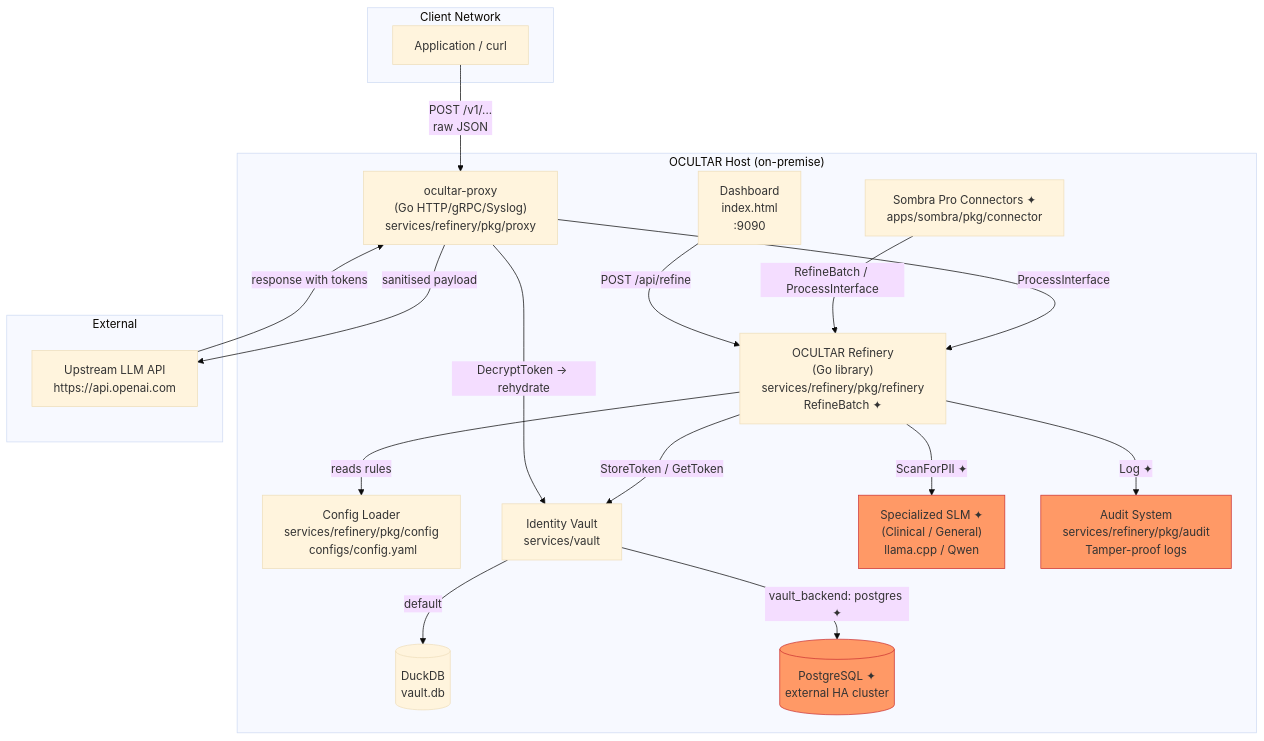
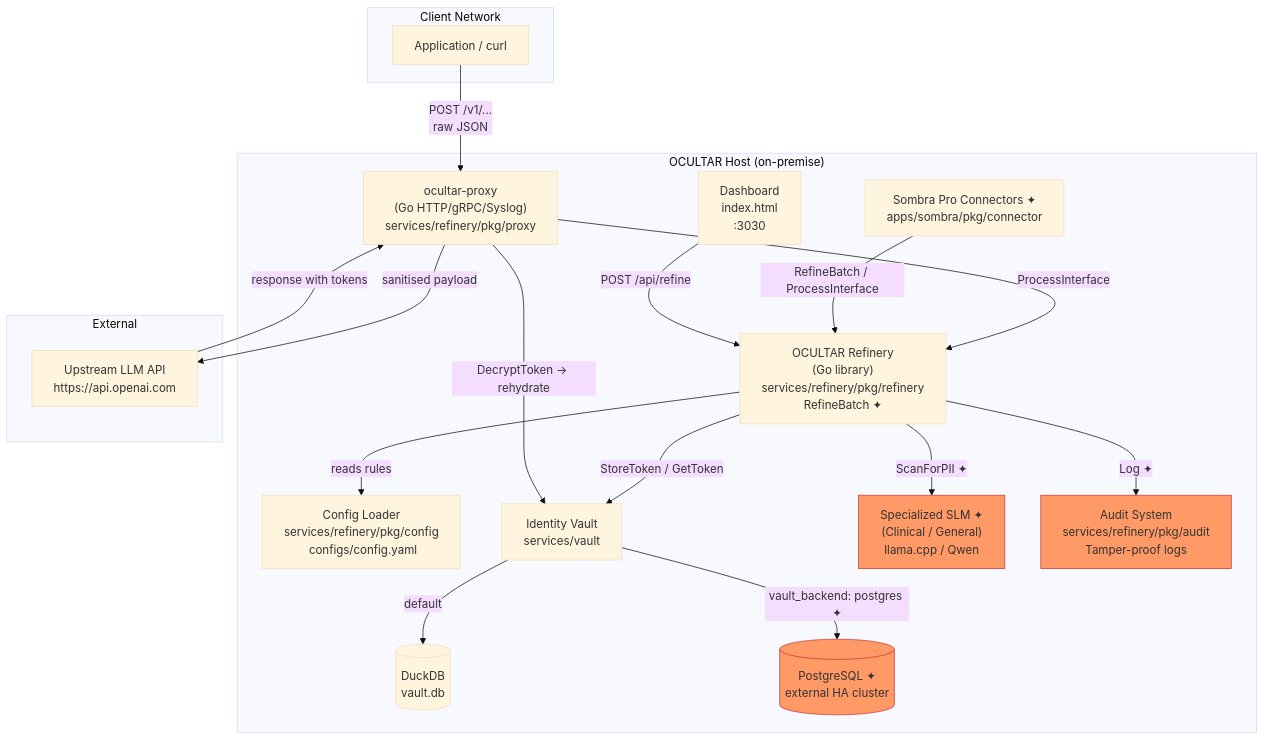
The second of 5 diagrams in docs/reference/ARCHITECTURE.md (Edu963/ocultar), drawn with Mermaid (base theme) before and after one commit. The commit also changed 7 other files, not shown here.

````diff
--- a/docs/reference/ARCHITECTURE.md
+++ b/docs/reference/ARCHITECTURE.md
@@ -52,41 +52,41 @@
 ```mermaid
 graph TD
     subgraph "Client Network"
         App["Application / curl"]
     end
 
     subgraph "OCULTAR Host (on-premise)"
         Proxy["ocultar-proxy\n(Go HTTP/gRPC/Syslog)\nservices/refinery/pkg/proxy"]
         Refinery["OCULTAR Refinery\n(Go library)\nservices/refinery/pkg/refinery\nRefineBatch ✦"]
         Config["Config Loader\nservices/refinery/pkg/config\n configs/config.yaml"]
         Vault_svc["Identity Vault\nservices/vault"]
         DDB[("DuckDB\nvault.db")]
         PG[("PostgreSQL ✦\nexternal HA cluster")]
         SLM["Specialized SLM ✦\n(Clinical / General)\nllama.cpp / Qwen"]
-        Dashboard["Dashboard\nindex.html\n:9090"]
+        Dashboard["Dashboard\nindex.html\n:3030"]
         AuditLog["Audit System\nservices/refinery/pkg/audit\nTamper-proof logs"]
         Connectors["Sombra Pro Connectors ✦\napps/sombra/pkg/connector"]
     end
 
     subgraph "External"
         Upstream["Upstream LLM API\nhttps://api.openai.com"]
     end
 
     App -->|"POST /v1/...\nraw JSON"| Proxy
     Proxy -->|"ProcessInterface"| Refinery
     Refinery -->|"reads rules"| Config
     Refinery -->|"StoreToken / GetToken"| Vault_svc
     Refinery -->|"ScanForPII ✦"| SLM
     Refinery -->|"Log ✦"| AuditLog
     Connectors -->|"RefineBatch / ProcessInterface"| Refinery
     Vault_svc -->|"default"| DDB
     Vault_svc -->|"vault_backend: postgres ✦"| PG
     Proxy -->|"sanitised payload"| Upstream
     Upstream -->|"response with tokens"| Proxy
     Proxy -->|"DecryptToken → rehydrate"| Vault_svc
     Dashboard -->|"POST /api/refine"| Refinery
 
     style SLM fill:#f96,stroke:#c33
     style PG fill:#f96,stroke:#c33
     style AuditLog fill:#f96,stroke:#c33
 ```
````
